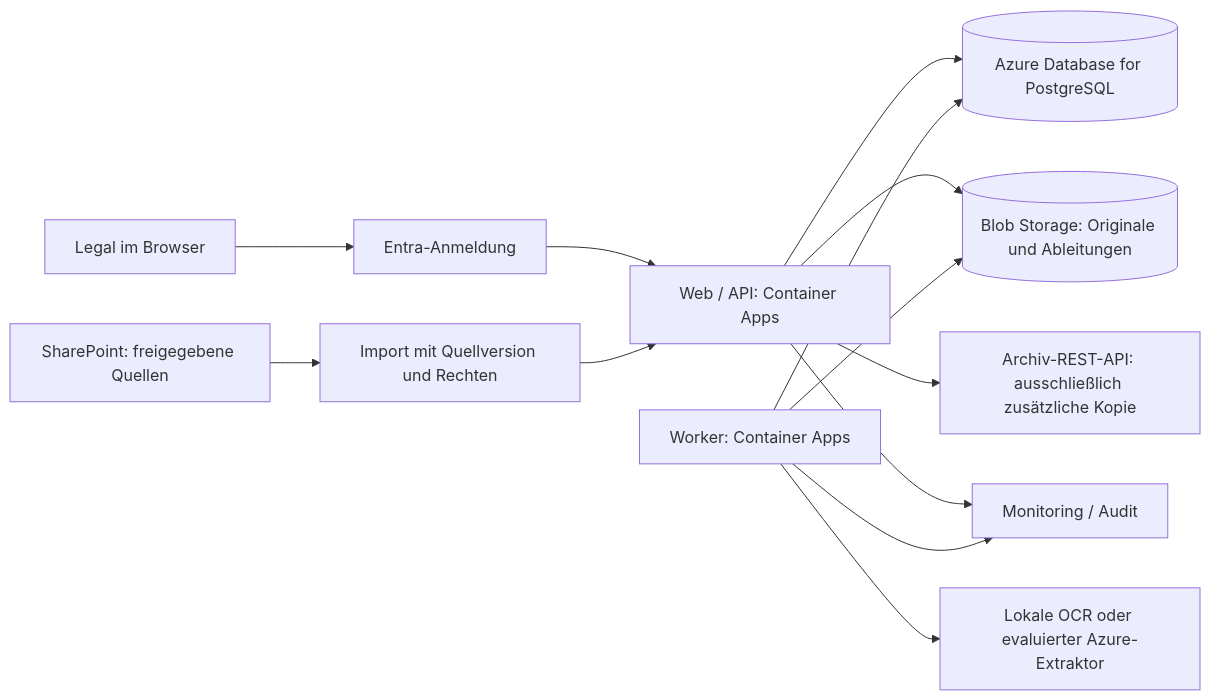
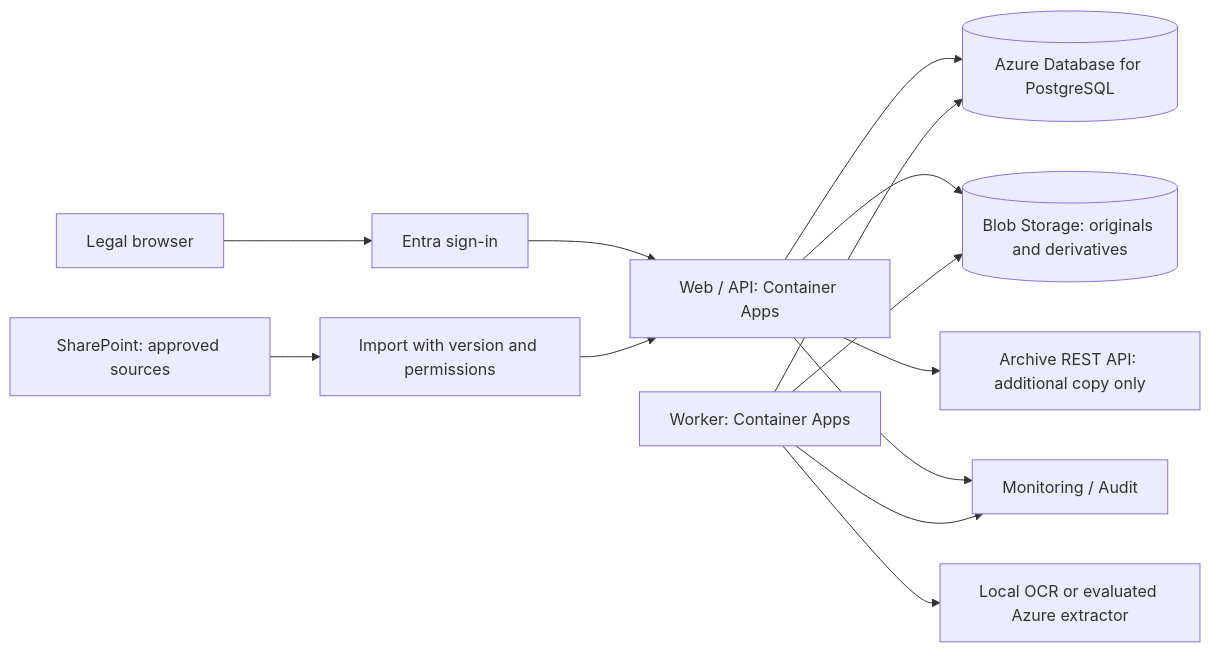
The diagram in docs/production.md (curoli/traystack), drawn with Mermaid before and after one commit. The commit also changed other lines of this file and 8 other files, not shown here.

````diff
--- a/docs/production.md
+++ b/docs/production.md
@@ -9,15 +11,15 @@
 ```mermaid
 flowchart LR
-    Legal[Legal im Browser] --> Identity[Entra-Anmeldung]
+    Legal[Legal browser] --> Identity[Entra sign-in]
     Identity --> Web[Web / API: Container Apps]
-    Source[SharePoint: freigegebene Quellen] --> Import[Import mit Quellversion und Rechten]
+    Source[SharePoint: approved sources] --> Import[Import with version and permissions]
     Import --> Web
     Web --> DB[(Azure Database for PostgreSQL)]
-    Web --> Blob[(Blob Storage: Originale und Ableitungen)]
+    Web --> Blob[(Blob Storage: originals and derivatives)]
     Worker[Worker: Container Apps] --> DB
     Worker --> Blob
-    Worker --> OCR[Lokale OCR oder evaluierter Azure-Extraktor]
-    Web --> Archive[Archiv-REST-API: ausschließlich zusätzliche Kopie]
+    Worker --> OCR[Local OCR or evaluated Azure extractor]
+    Web --> Archive[Archive REST API: additional copy only]
     Web --> Observe[Monitoring / Audit]
     Worker --> Observe
 ```
````
